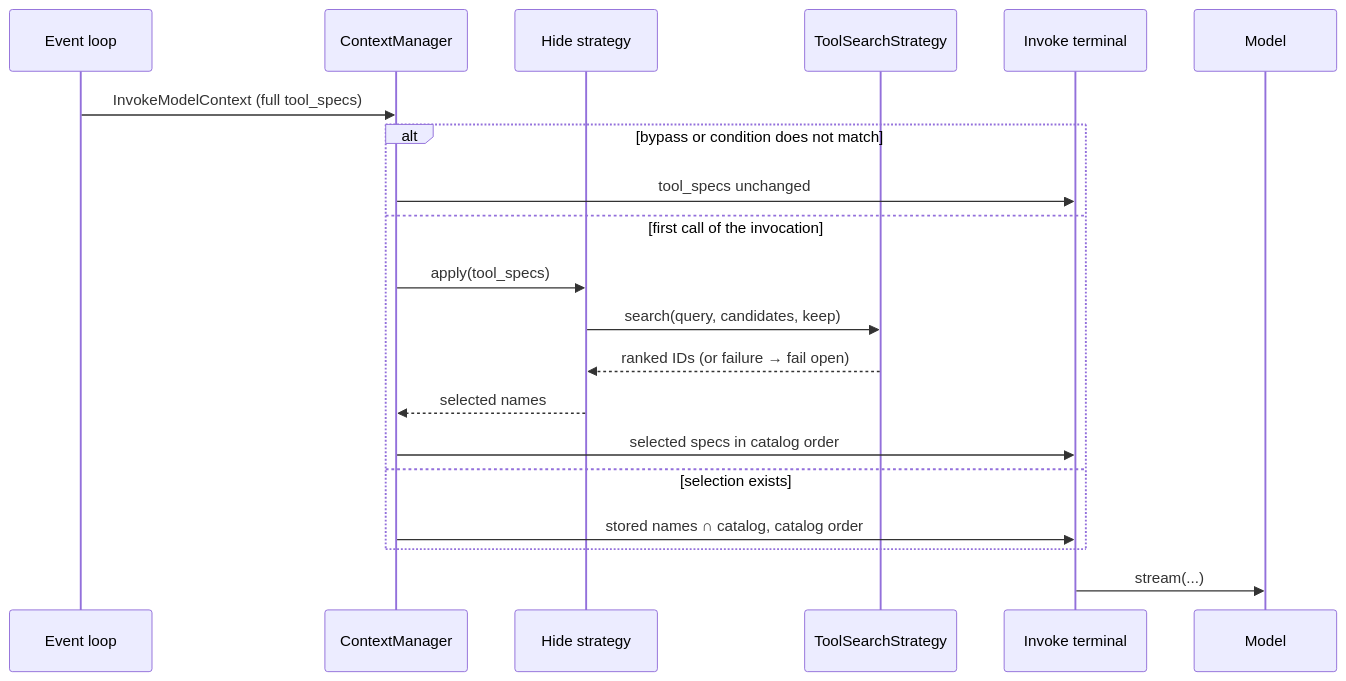
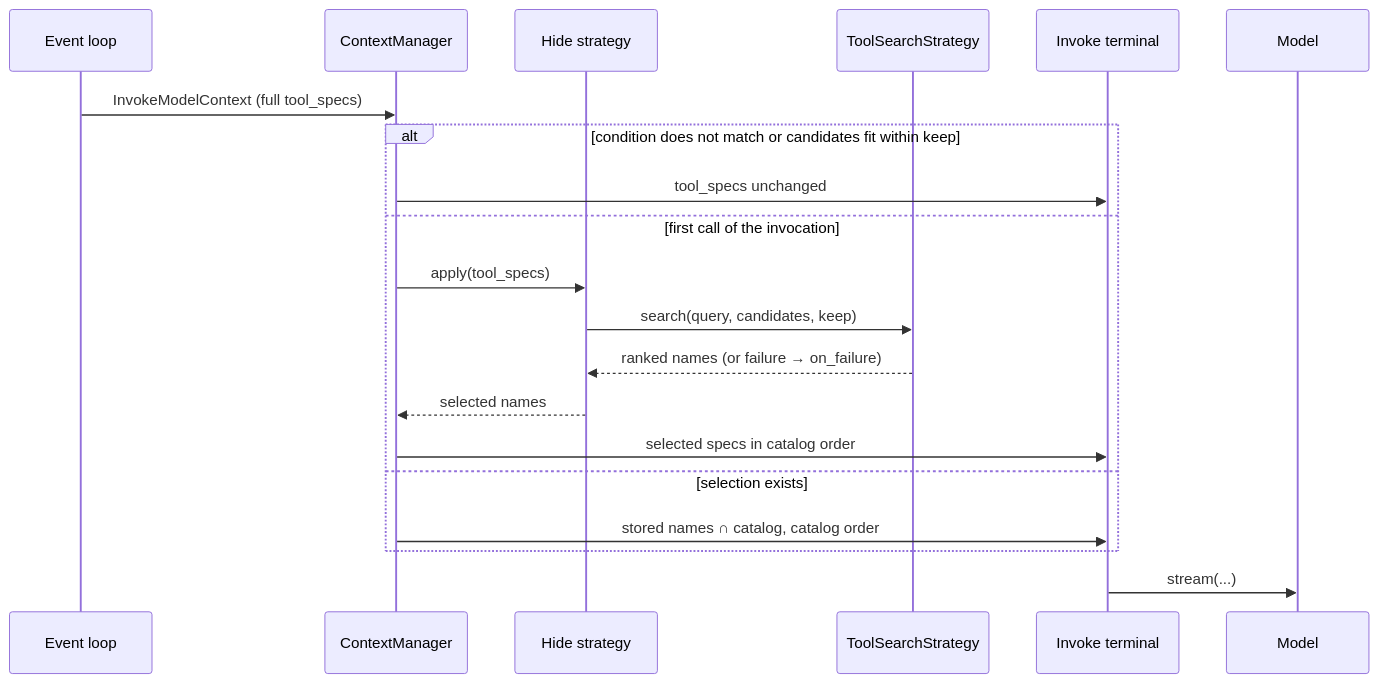
The diagram in team/designs/0018-tool-selection.md (JackYPCOnline/harness-sdk), drawn with Mermaid before and after one commit. The commit also changed other lines of this file, not shown here.

First line of the commit message:
docs(design): Match the Hide interface to the implementation

````diff
--- a/team/designs/0018-tool-selection.md
+++ b/team/designs/0018-tool-selection.md
@@ -70,23 +70,23 @@
 ```mermaid
 sequenceDiagram
     participant EL as Event loop
     participant CM as ContextManager
     participant H as Hide strategy
     participant S as ToolSearchStrategy
     participant T as Invoke terminal
     participant M as Model
 
     EL->>CM: InvokeModelContext (full tool_specs)
-    alt bypass or condition does not match
+    alt condition does not match or candidates fit within keep
         CM->>T: tool_specs unchanged
     else first call of the invocation
         CM->>H: apply(tool_specs)
         H->>S: search(query, candidates, keep)
-        S-->>H: ranked IDs (or failure → fail open)
+        S-->>H: ranked names (or failure → on_failure)
         H-->>CM: selected names
         CM->>T: selected specs in catalog order
     else selection exists
         CM->>T: stored names ∩ catalog, catalog order
     end
     T->>M: stream(...)
 ```
````
